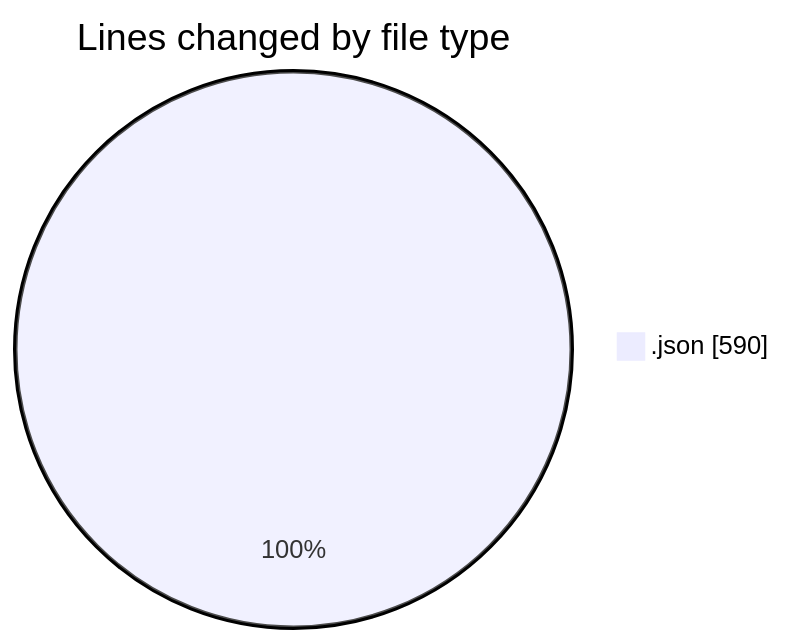
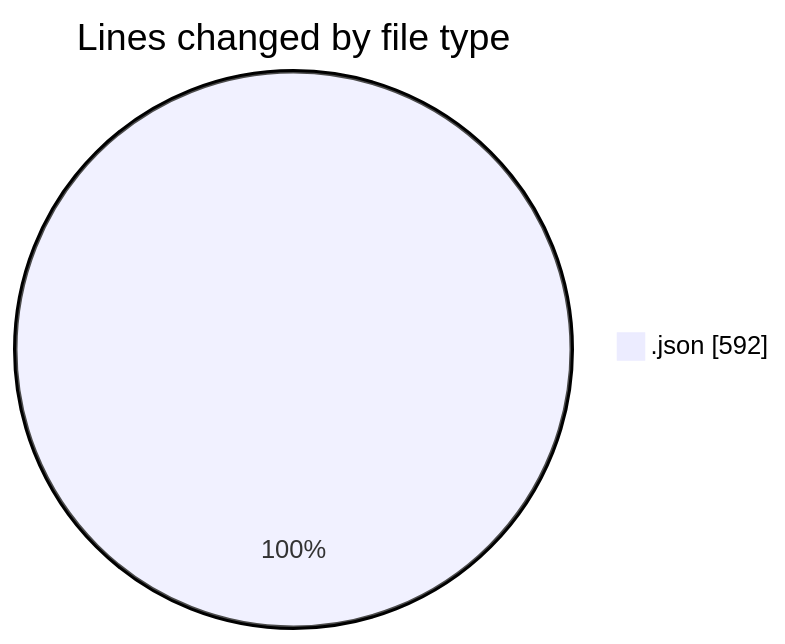
One commit to EIIisD/code-tracking changed the first of 2 diagrams in 2025-08-29/_raycast/README.md. Above: the diagram before and after it, drawn with Mermaid. The commit also changed other lines of this file and 1 other file, not shown here.

````diff
--- a/2025-08-29/_raycast/README.md
+++ b/2025-08-29/_raycast/README.md
@@ -20,5 +20,5 @@
 ```mermaid
 pie showData
 title Lines changed by file type
-".json" : 590
+".json" : 592
 ```
````
